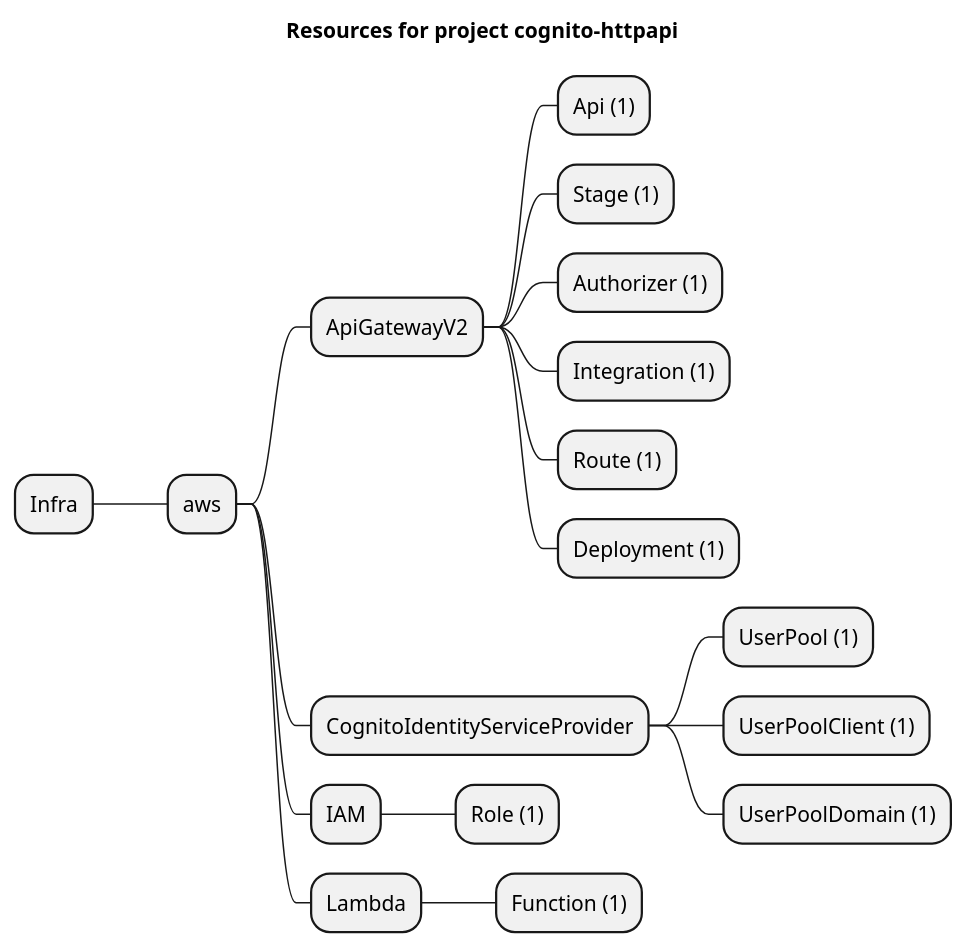
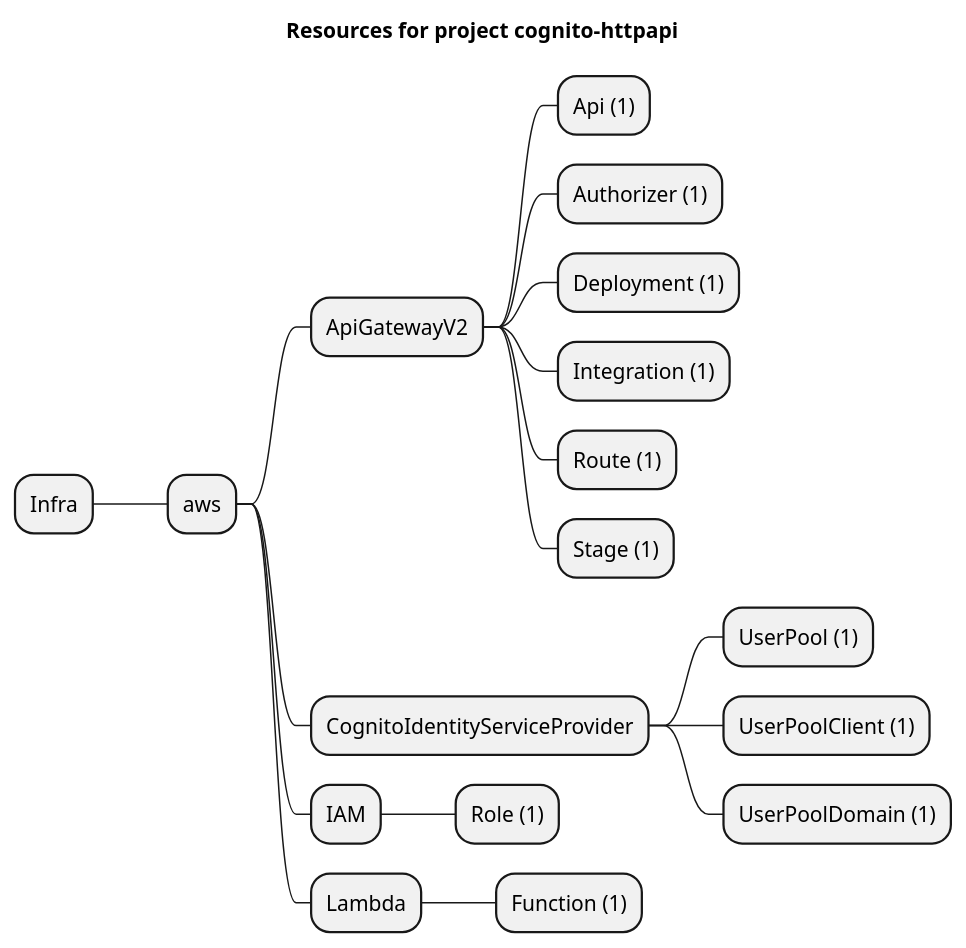
One commit to grucloud/grucloud changed the diagram in examples/aws/serverless-patterns/cognito-httpapi/artifacts/resources-mindmap.puml. Above: the diagram before and after it, drawn with PlantUML. The commit also changed other lines of this file and 18 other files, not shown here.

```diff
--- a/examples/aws/serverless-patterns/cognito-httpapi/artifacts/resources-mindmap.puml
+++ b/examples/aws/serverless-patterns/cognito-httpapi/artifacts/resources-mindmap.puml
@@ -1,21 +1,21 @@
 @startmindmap
 title Resources for project cognito-httpapi
 skinparam monochrome true
 + Infra
 ++ aws
 +++ ApiGatewayV2
 ++++ Api (1)
-++++ Stage (1)
 ++++ Authorizer (1)
+++++ Deployment (1)
 ++++ Integration (1)
 ++++ Route (1)
-++++ Deployment (1)
+++++ Stage (1)
 +++ CognitoIdentityServiceProvider
 ++++ UserPool (1)
 ++++ UserPoolClient (1)
 ++++ UserPoolDomain (1)
 +++ IAM
 ++++ Role (1)
 +++ Lambda
 ++++ Function (1)
 @endmindmap
```
